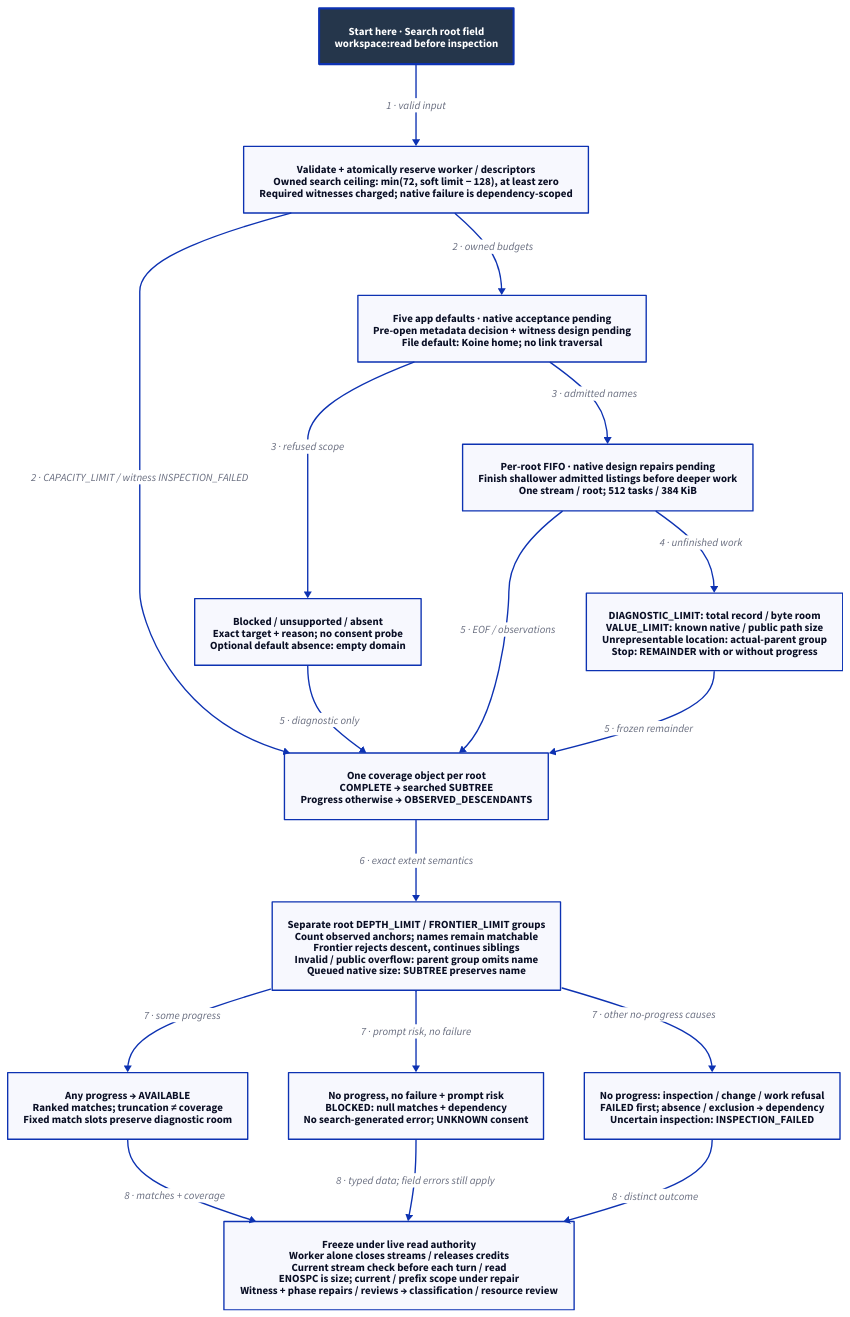
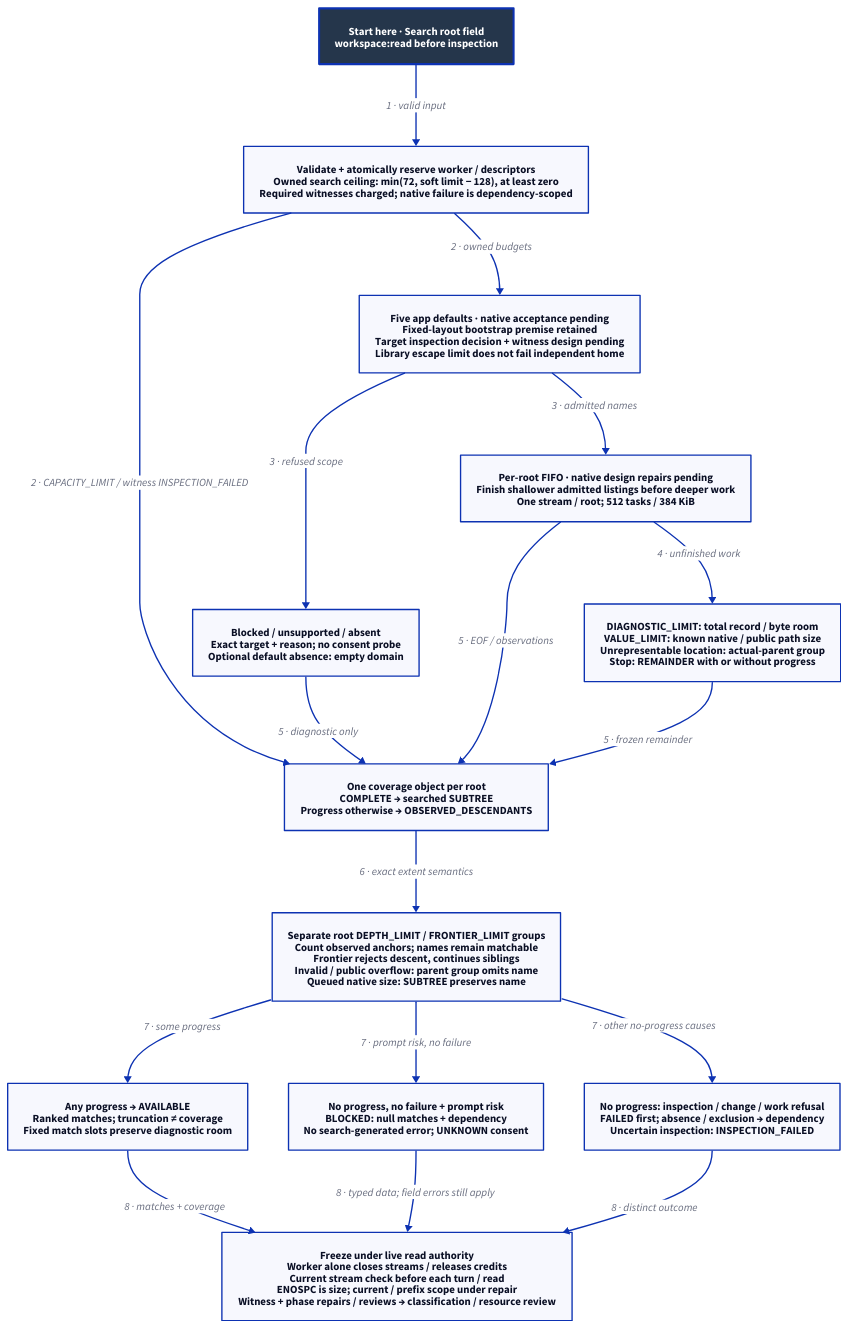
One commit to Linkuistics/Koine changed the diagram in docs/design/architecture/search-coverage.d2. Above: the diagram before and after it, drawn with D2. The commit also changed 30 other files, not shown here.

Commit message:
Reconcile pre-open boundary review and narrow target policy decisions (search-preopen-boundary-k194)

```diff
--- a/docs/design/architecture/search-coverage.d2
+++ b/docs/design/architecture/search-coverage.d2
@@ -1,33 +1,33 @@
 # Designed flow; arrows show order/guards, not checked temporal guarantees.
 direction: down
 classes: {
   start: {style: {fill: "#25364B"; font-color: "#FFFFFF"; bold: true; stroke-width: 3}}
 }
 Start: "Start here · Search root field\nworkspace:read before inspection" {class: start}
 Reserve: "Validate + atomically reserve worker / descriptors\nOwned search ceiling: min(72, soft limit − 128), at least zero\nRequired witnesses charged; native failure is dependency-scoped"
-Admission: "Five app defaults · native acceptance pending\nPre-open metadata decision + witness design pending\nFile default: Koine home; no link traversal"
+Admission: "Five app defaults · native acceptance pending\nFixed-layout bootstrap premise retained\nTarget inspection decision + witness design pending\nLibrary escape limit does not fail independent home"
 Skip: "Blocked / unsupported / absent\nExact target + reason; no consent probe\nOptional default absence: empty domain"
 Scan: "Per-root FIFO · native design repairs pending\nFinish shallower admitted listings before deeper work\nOne stream / root; 512 tasks / 384 KiB"
 Bounds: "DIAGNOSTIC_LIMIT: total record / byte room\nVALUE_LIMIT: known native / public path size\nUnrepresentable location: actual-parent group\nStop: REMAINDER with or without progress"
 Coverage: "One coverage object per root\nCOMPLETE → searched SUBTREE\nProgress otherwise → OBSERVED_DESCENDANTS"
 Groups: "Separate root DEPTH_LIMIT / FRONTIER_LIMIT groups\nCount observed anchors; names remain matchable\nFrontier rejects descent, continues siblings\nInvalid / public overflow: parent group omits name\nQueued native size: SUBTREE preserves name"
 Available: "Any progress → AVAILABLE\nRanked matches; truncation ≠ coverage\nFixed match slots preserve diagnostic room"
 Blocked: "No progress, no failure + prompt risk\nBLOCKED: null matches + dependency\nNo search-generated error; UNKNOWN consent"
 Other: "No progress: inspection / change / work refusal\nFAILED first; absence / exclusion → dependency\nUncertain inspection: INSPECTION_FAILED"
 Publish: "Freeze under live read authority\nWorker alone closes streams / releases credits\nCurrent stream check before each turn / read\nENOSPC is size; current / prefix scope under repair\nWitness + phase repairs / reviews → classification / resource review"
 Start -> Reserve: "1 · valid input"
 Reserve -> Admission: "2 · owned budgets"
 Reserve -> Coverage: "2 · CAPACITY_LIMIT / witness INSPECTION_FAILED"
 Admission -> Skip: "3 · refused scope"
 Admission -> Scan: "3 · admitted names"
 Scan -> Bounds: "4 · unfinished work"
 Skip -> Coverage: "5 · diagnostic only"
 Scan -> Coverage: "5 · EOF / observations"
 Bounds -> Coverage: "5 · frozen remainder"
 Coverage -> Groups: "6 · exact extent semantics"
 Groups -> Available: "7 · some progress"
 Groups -> Blocked: "7 · prompt risk, no failure"
 Groups -> Other: "7 · other no-progress causes"
 Available -> Publish: "8 · matches + coverage"
 Blocked -> Publish: "8 · typed data; field errors still apply"
 Other -> Publish: "8 · distinct outcome"
```
